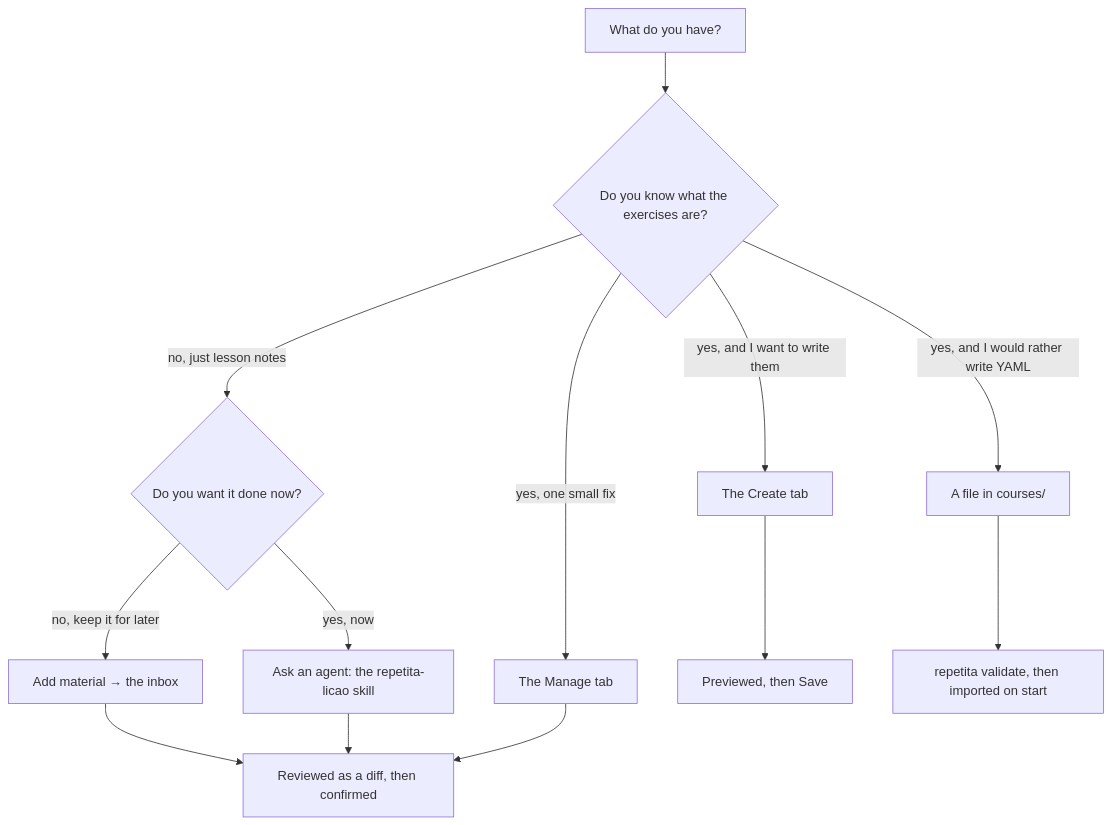
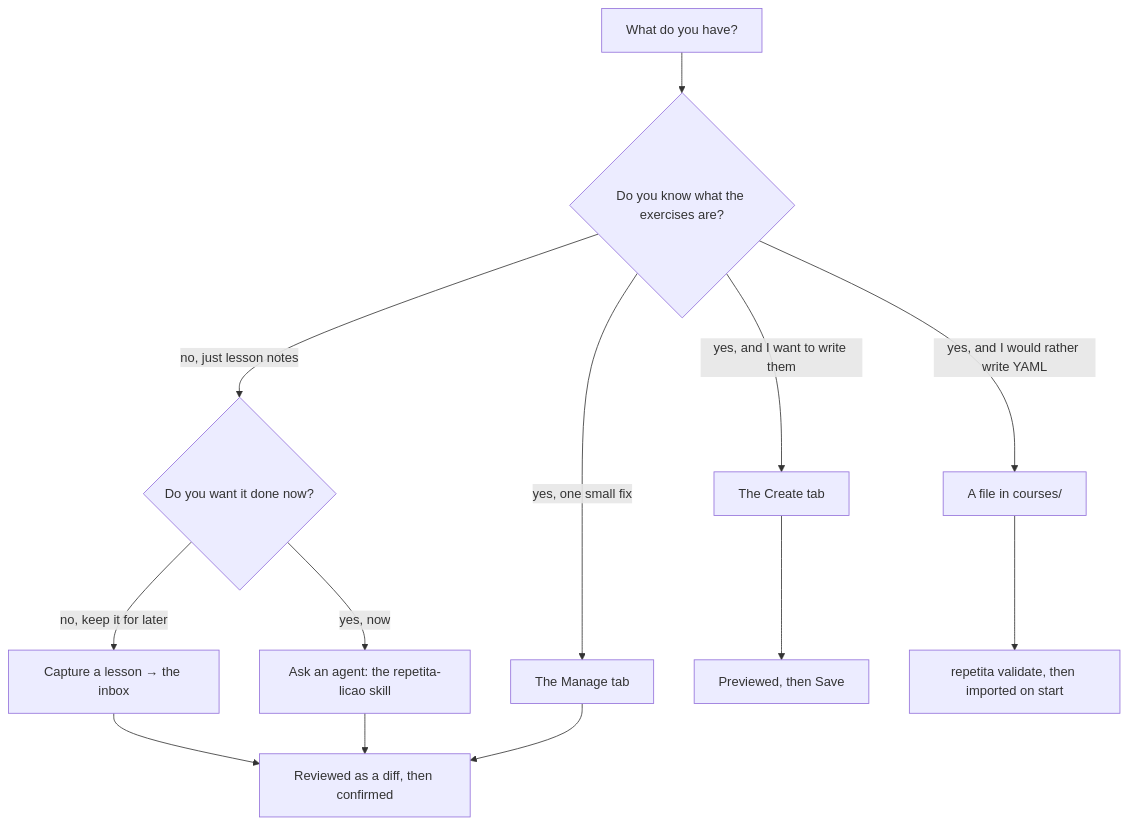
One commit to mikub97/repetita changed the diagram in docs/adding-material.md. Above: the diagram before and after it, drawn with Mermaid. The commit also changed other lines of this file and 12 other files, not shown here.

````diff
--- a/docs/adding-material.md
+++ b/docs/adding-material.md
@@ -132,15 +132,15 @@
 ```mermaid
 flowchart TD
     A[What do you have?] --> B{Do you know what the exercises are?}
     B -- "no, just lesson notes" --> C{Do you want it done now?}
-    C -- "no, keep it for later" --> D[Add material → the inbox]
+    C -- "no, keep it for later" --> D[Capture a lesson → the inbox]
     C -- "yes, now" --> E[Ask an agent: the repetita-licao skill]
     B -- "yes, and I want to write them" --> F[The Create tab]
     B -- "yes, one small fix" --> G[The Manage tab]
     B -- "yes, and I would rather write YAML" --> H[A file in courses/]
     D --> I[Reviewed as a diff, then confirmed]
     E --> I
     F --> J[Previewed, then Save]
     G --> I
     H --> K[repetita validate, then imported on start]
 ```
````
